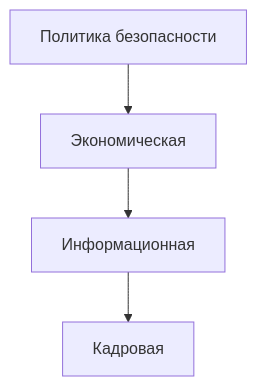
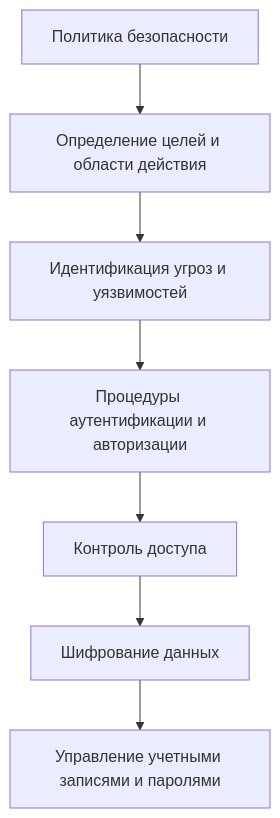
One commit to 33murda/Var-4Makarenko changed the diagram in №2Makarenko.md. Above: the diagram before and after it, drawn with Mermaid.

Commit message:
Задание 22

````diff
--- a/№2Makarenko.md
+++ b/№2Makarenko.md
@@ -4,5 +4,6 @@
 ``` mermaid
     flowchart TD;
     A[Политика безопасности] -->
-    B[Экономическая] --> C[Информационная] --> D[Кадровая]
+    B[Определение целей и области действия] --> C[Идентификация угроз и уязвимостей] --> D[Процедуры аутентификации и авторизации] --> E[Контроль доступа] --> F[Шифрование данных] --> G[Управление учетными записями и паролями]
+
 ```
````
